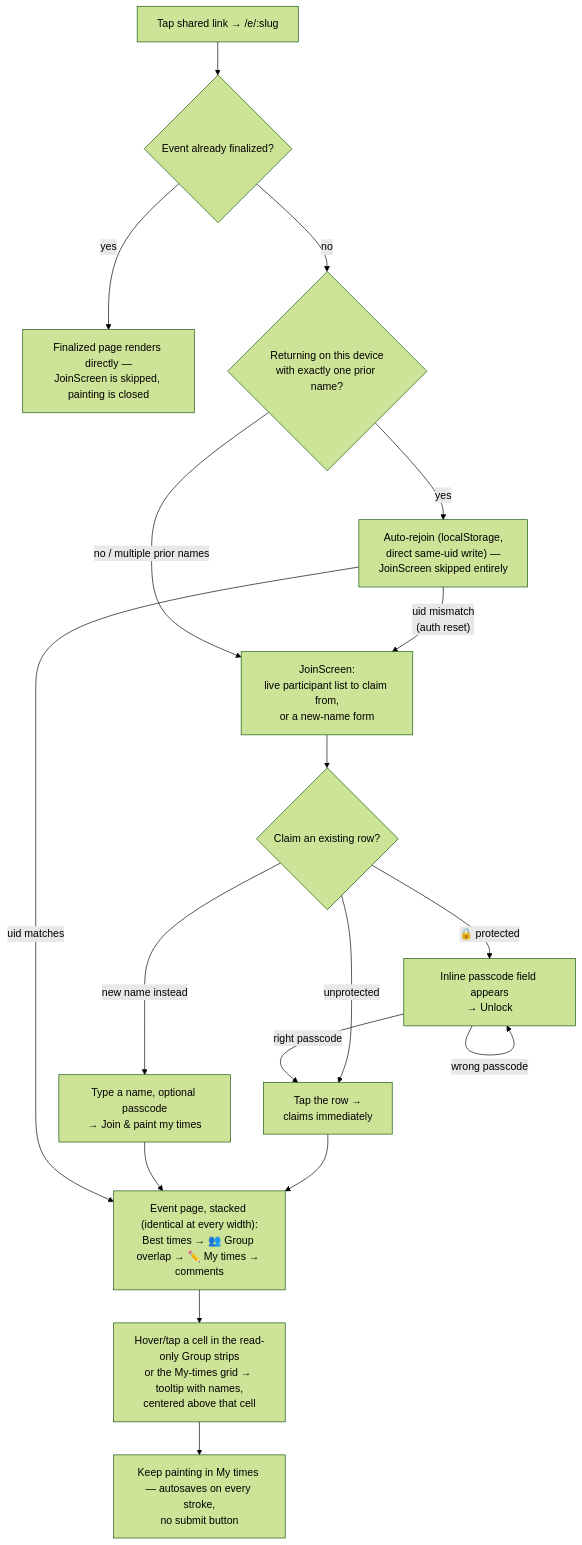
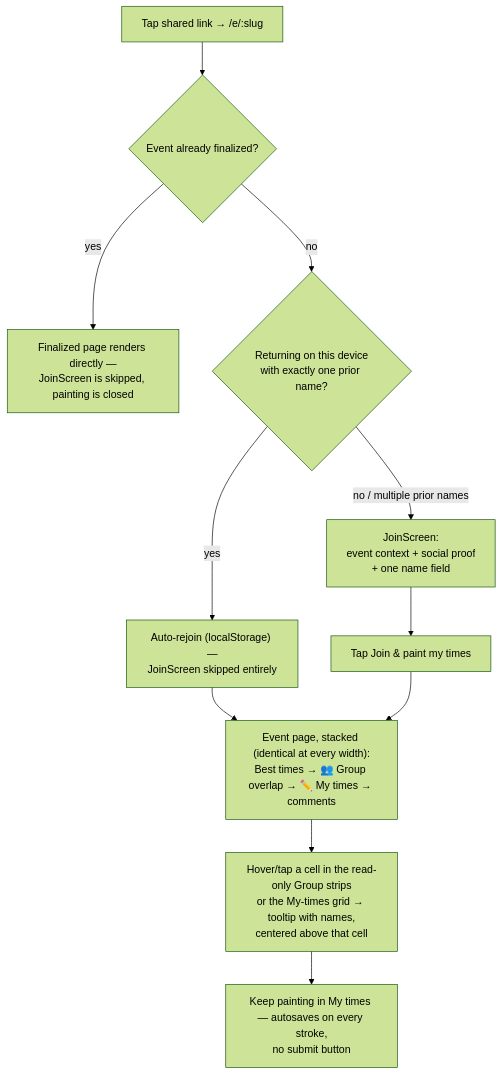
Before and after one commit to chlgustjr41/schedule2gather: the second of 3 diagrams in docs/ux-flows.md, drawn with Mermaid (forest theme). The commit also changed other lines of this file and 35 other files, not shown here.

Commit message:
Revert "v1.3 + v1.4: landing, dashboard, claim-or-create join with passcodes, session management"

````diff
--- a/docs/ux-flows.md
+++ b/docs/ux-flows.md
@@ -129,21 +70,13 @@
 ```mermaid
 flowchart TD
   A["Tap shared link → /e/:slug"] --> Z{"Event already finalized?"}
   Z -- "yes" --> ZF["Finalized page renders directly —<br/>JoinScreen is skipped, painting is closed"]
   Z -- "no" --> B{"Returning on this device<br/>with exactly one prior name?"}
-  B -- "yes" --> C["Auto-rejoin (localStorage,<br/>direct same-uid write) —<br/>JoinScreen skipped entirely"]
-  C -- "uid mismatch<br/>(auth reset)" --> D
-  B -- "no / multiple prior names" --> D["JoinScreen:<br/>live participant list to claim from,<br/>or a new-name form"]
-  D --> D1{"Claim an existing row?"}
-  D1 -- "unprotected" --> E1["Tap the row →<br/>claims immediately"]
-  D1 -- "🔒 protected" --> D2["Inline passcode field appears<br/>→ Unlock"]
-  D2 -- "right passcode" --> E1
-  D2 -- "wrong passcode" --> D2
-  D1 -- "new name instead" --> E2["Type a name, optional passcode<br/>→ Join & paint my times"]
-  E1 --> F
-  E2 --> F
-  C -- "uid matches" --> F
-  F["Event page, stacked (identical at every width):<br/>Best times → 👥 Group overlap → ✏️ My times → comments"]
+  B -- "yes" --> C["Auto-rejoin (localStorage) —<br/>JoinScreen skipped entirely"]
+  B -- "no / multiple prior names" --> D["JoinScreen:<br/>event context + social proof<br/>+ one name field"]
+  D --> E["Tap Join & paint my times"]
+  C --> F
+  E --> F["Event page, stacked (identical at every width):<br/>Best times → 👥 Group overlap → ✏️ My times → comments"]
   F --> G["Hover/tap a cell in the read-only Group strips<br/>or the My-times grid → tooltip with names,<br/>centered above that cell"]
   G --> H["Keep painting in My times — autosaves on every stroke,<br/>no submit button"]
 ```
````
